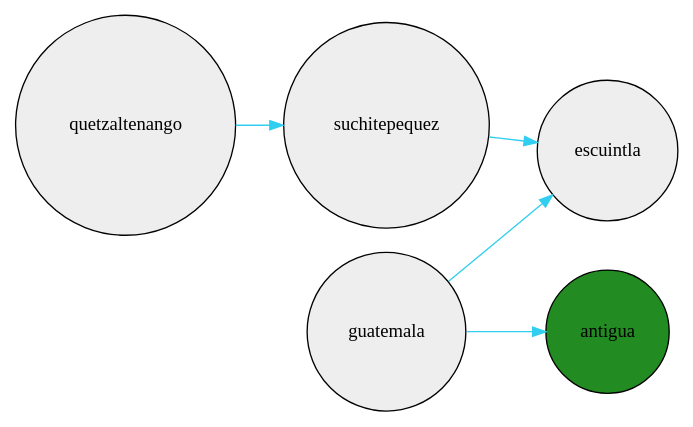
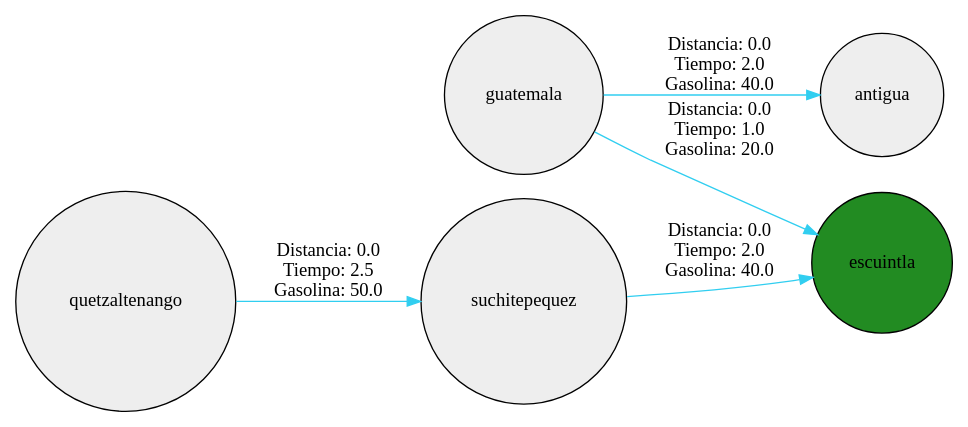
Before and after one commit to Fxhnd13/ProyectoFinalEstructuraDeDatos: the diagram in src/Images/grafo.dot, drawn with Graphviz. The commit also changed 20 other files, not shown here.

```diff
--- a/src/Images/grafo.dot
+++ b/src/Images/grafo.dot
@@ -1,12 +1,20 @@
 digraph G{
      node[shape=circle];
      node[style=filled];
      node[fillcolor="#EEEEEE"];
      edge[color="#31CEF0"];
-     guatemala->escuintla;
-     guatemala->antigua;
-     suchitepequez->escuintla;
-     quetzaltenango->suchitepequez;
-     antigua[fillcolor="forestgreen"];
+     guatemala->escuintla[label="Distancia: 0.0
+Tiempo: 1.0
+Gasolina: 20.0"];
+     guatemala->antigua[label="Distancia: 0.0
+Tiempo: 2.0
+Gasolina: 40.0"];
+     suchitepequez->escuintla[label="Distancia: 0.0
+Tiempo: 2.0
+Gasolina: 40.0"];
+     quetzaltenango->suchitepequez[label="Distancia: 0.0
+Tiempo: 2.5
+Gasolina: 50.0"];
+     escuintla[fillcolor="forestgreen"];
      rankdir=LR;
 }
```
